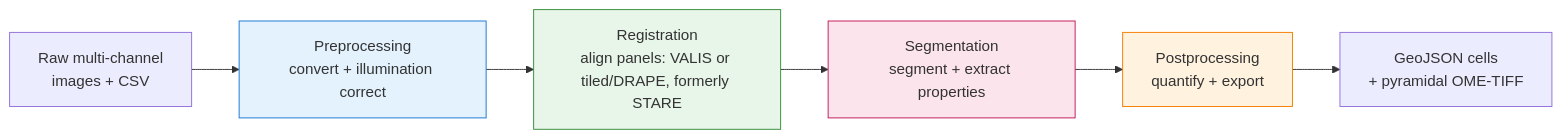
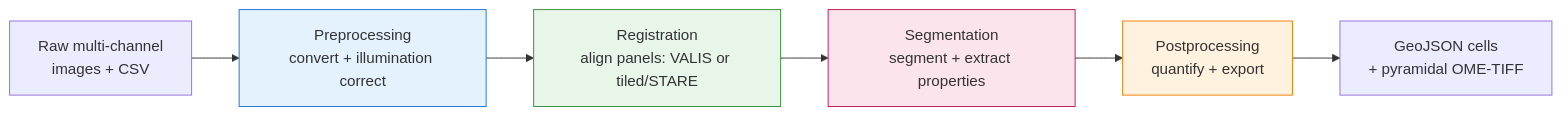
The diagram in docs/usage.md (sceriff0/mirage), drawn with Mermaid before and after one commit. The commit also changed other lines of this file and 232 other files, not shown here.

First line of the commit message:
:truck: Rename DRAPE back to STARE: packages/stare 3.0.0, import/CLI `stare`, bolt3x/mirage-stare

````diff
--- a/docs/usage.md
+++ b/docs/usage.md
@@ -16,12 +16,12 @@
 ```mermaid
 flowchart LR
     A[Raw multi-channel<br/>images + CSV] --> B[Preprocessing<br/>convert + illumination correct]
-    B --> C[Registration<br/>align panels: VALIS or tiled/DRAPE, formerly STARE]
+    B --> C[Registration<br/>align panels: VALIS or tiled/STARE]
     C --> D[Segmentation<br/>segment + extract properties]
     D --> E[Postprocessing<br/>quantify + export]
     E --> F[GeoJSON cells<br/>+ pyramidal OME-TIFF]
     style B fill:#e3f2fd,stroke:#1976d2
     style C fill:#e8f5e9,stroke:#388e3c
     style D fill:#fce4ec,stroke:#c2185b
     style E fill:#fff3e0,stroke:#f57c00
 ```
````
